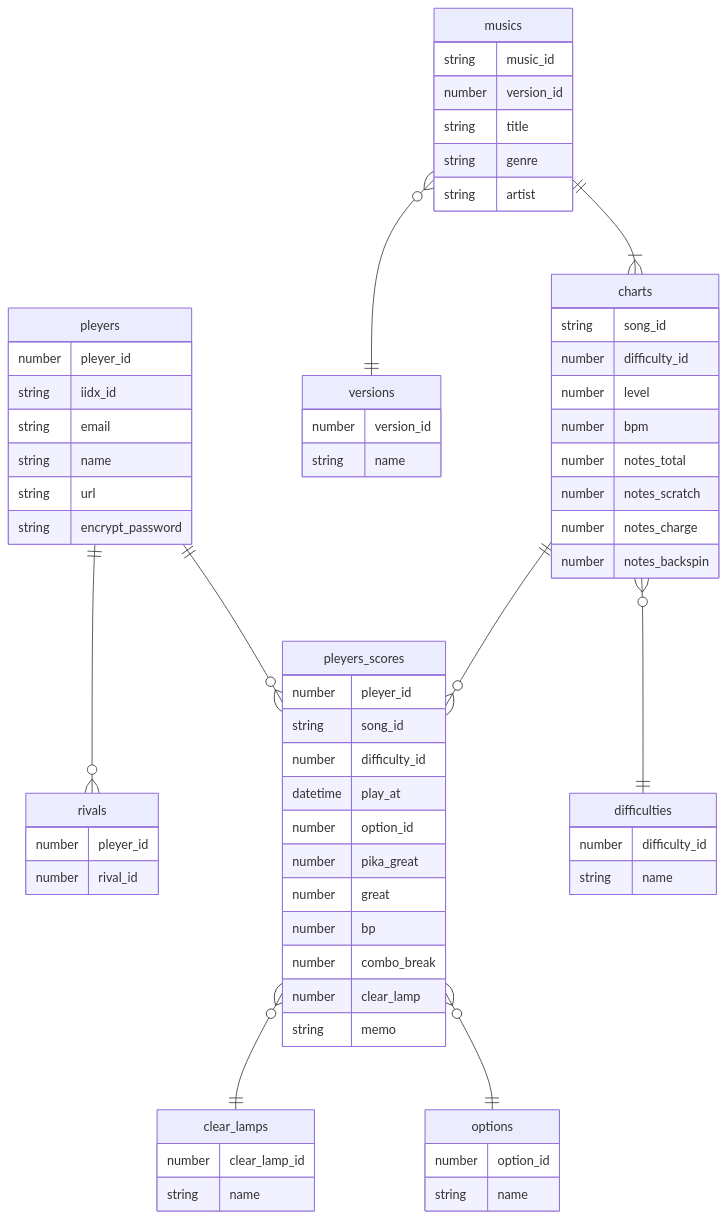
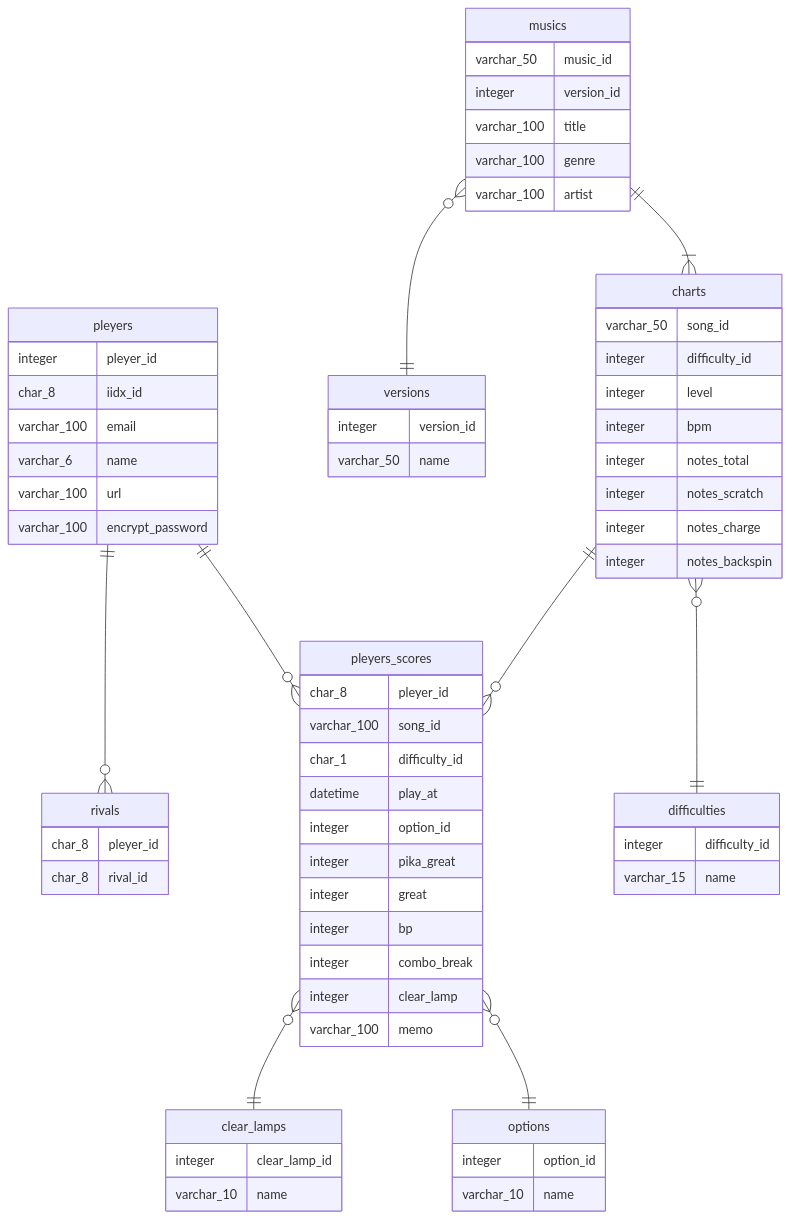
Before and after one commit to tn369/dbr-manager: the diagram in ER_Diagram.md, drawn with Mermaid.

Commit message:
change ポスグレ用にカラムの型を変更

````diff
--- a/ER_Diagram.md
+++ b/ER_Diagram.md
@@ -3,81 +3,81 @@
 ```mermaid
 
 erDiagram
 
 pleyers ||--o{ pleyers_scores: ""
 pleyers ||--o{ rivals: ""
 pleyers_scores }o--|| options :""
 pleyers_scores }o--|| clear_lamps:""
 charts }o--|| difficulties:""
 musics ||--|{ charts: ""
 musics }o--|| versions: ""
 charts ||--o{ pleyers_scores:""
 
 pleyers{
-    number pleyer_id
-    string iidx_id
-    string email
-    string name
-    string url
-    string encrypt_password 
+    integer pleyer_id
+    char_8 iidx_id
+    varchar_100 email
+    varchar_6 name
+    varchar_100 url
+    varchar_100 encrypt_password 
 }
 
 rivals {
-    number pleyer_id
-    number rival_id
+    char_8 pleyer_id
+    char_8 rival_id
 }
 
 pleyers_scores {
-    number pleyer_id
-    string song_id
-    number difficulty_id
+    char_8 pleyer_id
+    varchar_100 song_id
+    char_1 difficulty_id
     datetime play_at
-    number option_id
-    number pika_great
-    number great
-    number bp
-    number combo_break
-    number clear_lamp
-    string memo
+    integer option_id
+    integer pika_great
+    integer great
+    integer bp
+    integer combo_break
+    integer clear_lamp
+    varchar_100 memo
 }
 
 clear_lamps {
-    number clear_lamp_id
-    string name
+    integer clear_lamp_id
+    varchar_10 name
 }
 
 options {
-    number option_id
-    string name
+    integer option_id
+    varchar_10 name
 }
 
 musics {
-    string music_id 
-    number version_id
-    string title
-    string genre
-    string artist
+    varchar_50 music_id 
+    integer version_id
+    varchar_100 title
+    varchar_100 genre
+    varchar_100 artist
 }
 
 versions {
-    number version_id
-    string name
+    integer version_id
+    varchar_50 name
 }
 
 charts {
-    string song_id
-    number difficulty_id
-    number level
-    number bpm
-    number notes_total
-    number notes_scratch 
-    number notes_charge
-    number notes_backspin
+    varchar_50 song_id
+    integer difficulty_id
+    integer level
+    integer bpm
+    integer notes_total
+    integer notes_scratch 
+    integer notes_charge
+    integer notes_backspin
 }
 
 difficulties {
-    number difficulty_id 
-    string name
+    integer difficulty_id 
+    varchar_15 name
 }
 
 ```
````
